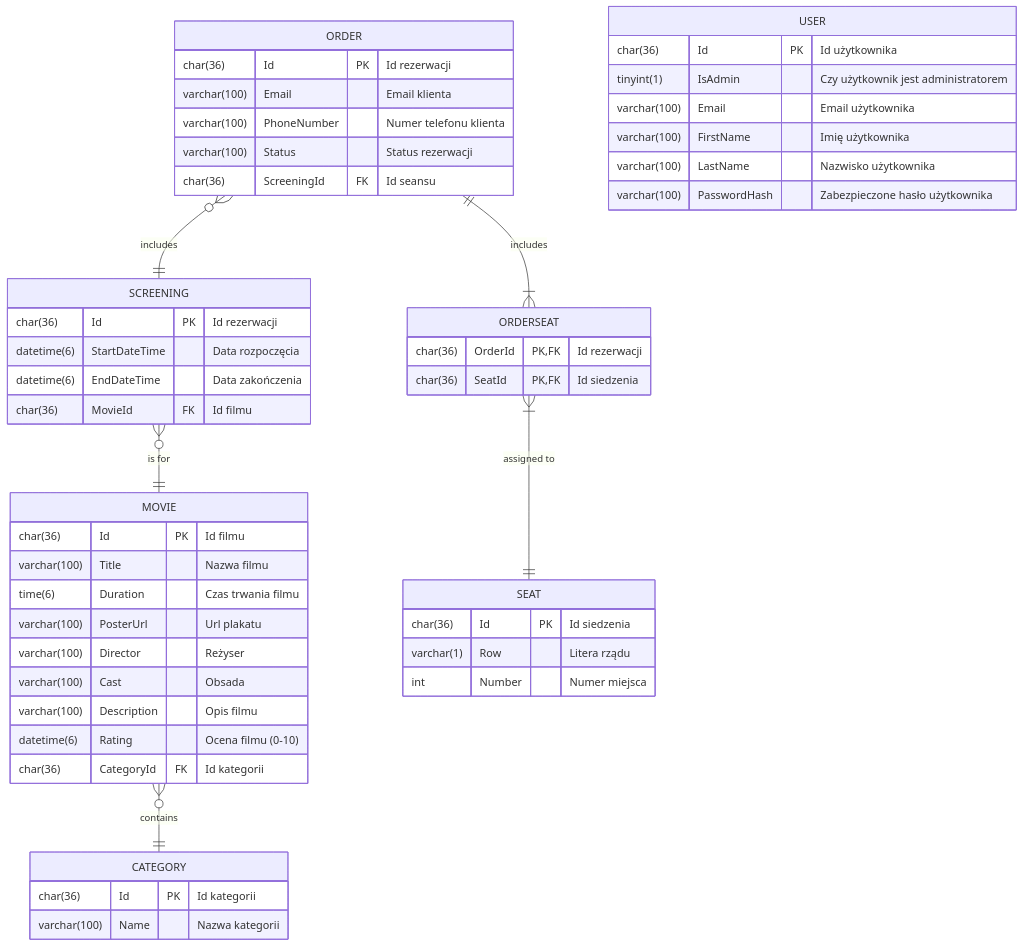
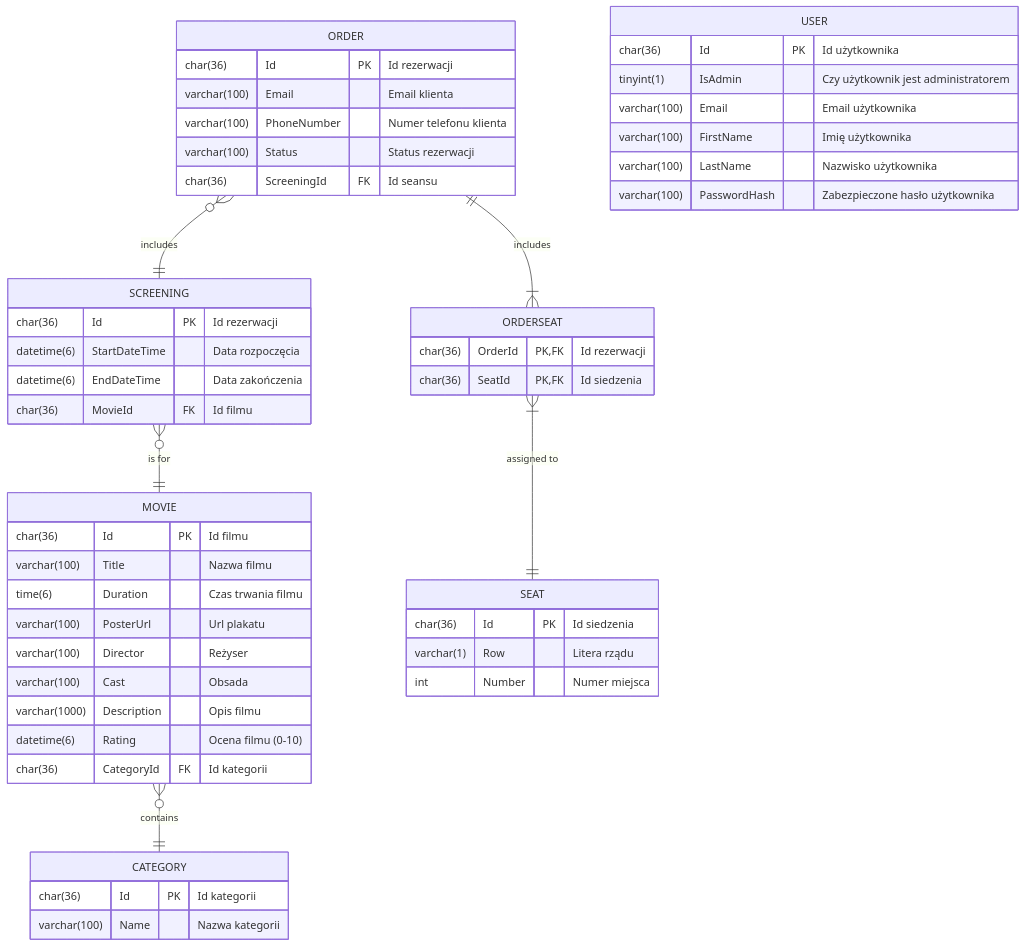
The diagram in README.md (NorbertKaczmarek/cinema), drawn with Mermaid before and after one commit.

````diff
--- a/README.md
+++ b/README.md
@@ -13,61 +13,61 @@
 ```mermaid
 erDiagram
     ORDER       }o--||  SCREENING   : "includes"
     SCREENING   }o--||  MOVIE       : "is for"
     MOVIE       }o--||  CATEGORY    : "contains"
     
     ORDER       ||--|{  ORDERSEAT   : "includes"
     ORDERSEAT   }|--||  SEAT        : "assigned to"
 
     ORDER {
         char(36)        Id              PK  "Id rezerwacji"
         varchar(100)    Email               "Email klienta"
         varchar(100)    PhoneNumber         "Numer telefonu klienta"
         varchar(100)    Status              "Status rezerwacji"
         char(36)        ScreeningId     FK  "Id seansu"
     }
 
     SCREENING {
         char(36)        Id              PK  "Id rezerwacji"
         datetime(6)     StartDateTime       "Data rozpoczęcia"
         datetime(6)     EndDateTime         "Data zakończenia"
         char(36)        MovieId         FK  "Id filmu"
     }
     
     MOVIE {
         char(36)        Id              PK  "Id filmu"
         varchar(100)    Title               "Nazwa filmu"
         time(6)         Duration            "Czas trwania filmu"
         varchar(100)    PosterUrl           "Url plakatu"
         varchar(100)    Director            "Reżyser"
         varchar(100)    Cast                "Obsada"
-        varchar(100)    Description         "Opis filmu"
+        varchar(1000)   Description         "Opis filmu"
         datetime(6)     Rating              "Ocena filmu (0-10)"
         char(36)        CategoryId      FK  "Id kategorii"
     }
     
     CATEGORY {
         char(36)        Id              PK  "Id kategorii"
         varchar(100)    Name                "Nazwa kategorii"
     }
     
     SEAT {
         char(36)        Id              PK  "Id siedzenia"
         varchar(1)      Row                 "Litera rządu"
         int             Number              "Numer miejsca"
     }
     
     ORDERSEAT {
         char(36)        OrderId         PK,FK  "Id rezerwacji"
         char(36)        SeatId          PK,FK  "Id siedzenia"
     }
     
     USER {
         char(36)        Id              PK  "Id użytkownika"
         tinyint(1)      IsAdmin             "Czy użytkownik jest administratorem"
         varchar(100)    Email               "Email użytkownika"
         varchar(100)    FirstName           "Imię użytkownika"
         varchar(100)    LastName            "Nazwisko użytkownika"
         varchar(100)    PasswordHash        "Zabezpieczone hasło użytkownika"
     }
 ```
````
